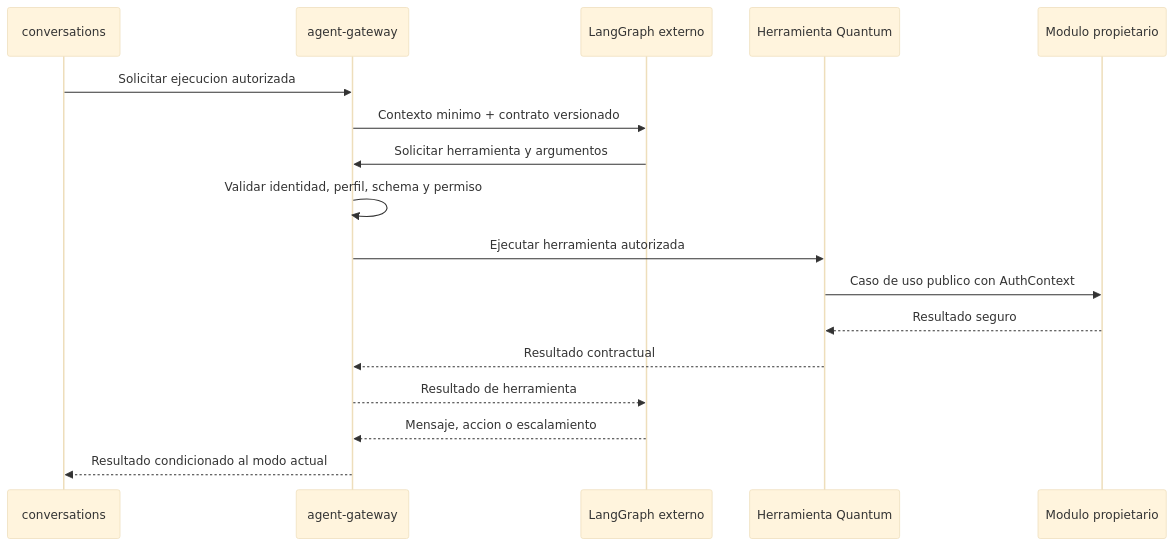
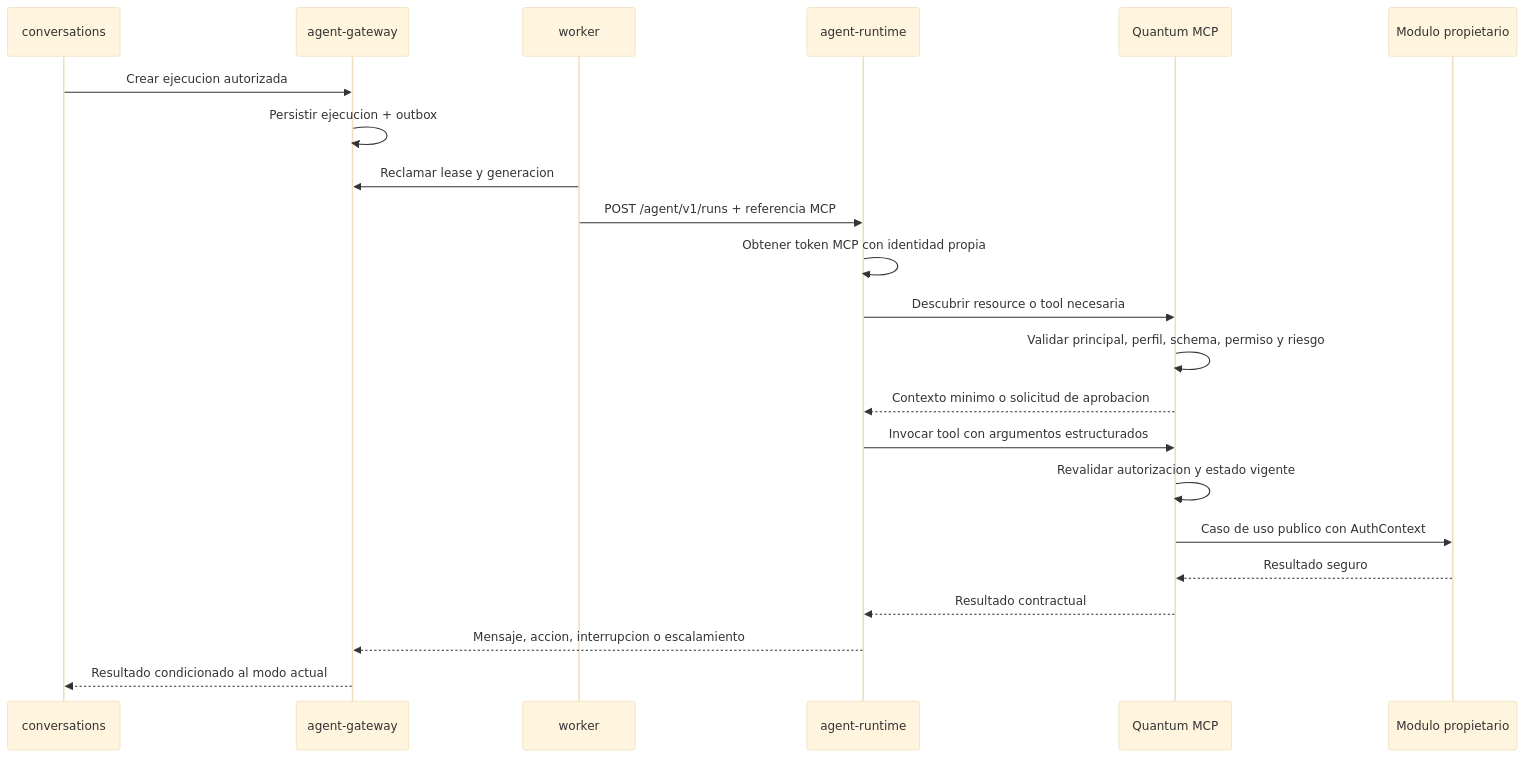
The seventh of 8 diagrams in docs/08-arquitectura/mapa-del-sistema.md (yvalois/quantum-crm), drawn with Mermaid (base theme) before and after one commit. The commit also changed other lines of this file and 20 other files, not shown here.

Commit message:
docs(agents): define native LangGraph MCP architecture (PROY-018)

````diff
--- a/docs/08-arquitectura/mapa-del-sistema.md
+++ b/docs/08-arquitectura/mapa-del-sistema.md
@@ -232,20 +247,25 @@
 ```mermaid
 sequenceDiagram
     participant C as conversations
     participant G as agent-gateway
-    participant L as LangGraph externo
-    participant T as Herramienta Quantum
+    participant W as worker
+    participant L as agent-runtime
+    participant T as Quantum MCP
     participant M as Modulo propietario
 
-    C->>G: Solicitar ejecucion autorizada
-    G->>L: Contexto minimo + contrato versionado
-    L->>G: Solicitar herramienta y argumentos
-    G->>G: Validar identidad, perfil, schema y permiso
-    G->>T: Ejecutar herramienta autorizada
+    C->>G: Crear ejecucion autorizada
+    G->>G: Persistir ejecucion + outbox
+    W->>G: Reclamar lease y generacion
+    W->>L: POST /agent/v1/runs + referencia MCP
+    L->>L: Obtener token MCP con identidad propia
+    L->>T: Descubrir resource o tool necesaria
+    T->>T: Validar principal, perfil, schema, permiso y riesgo
+    T-->>L: Contexto minimo o solicitud de aprobacion
+    L->>T: Invocar tool con argumentos estructurados
+    T->>T: Revalidar autorizacion y estado vigente
     T->>M: Caso de uso publico con AuthContext
     M-->>T: Resultado seguro
-    T-->>G: Resultado contractual
-    G-->>L: Resultado de herramienta
-    L-->>G: Mensaje, accion o escalamiento
+    T-->>L: Resultado contractual
+    L-->>G: Mensaje, accion, interrupcion o escalamiento
     G-->>C: Resultado condicionado al modo actual
 ```
````
